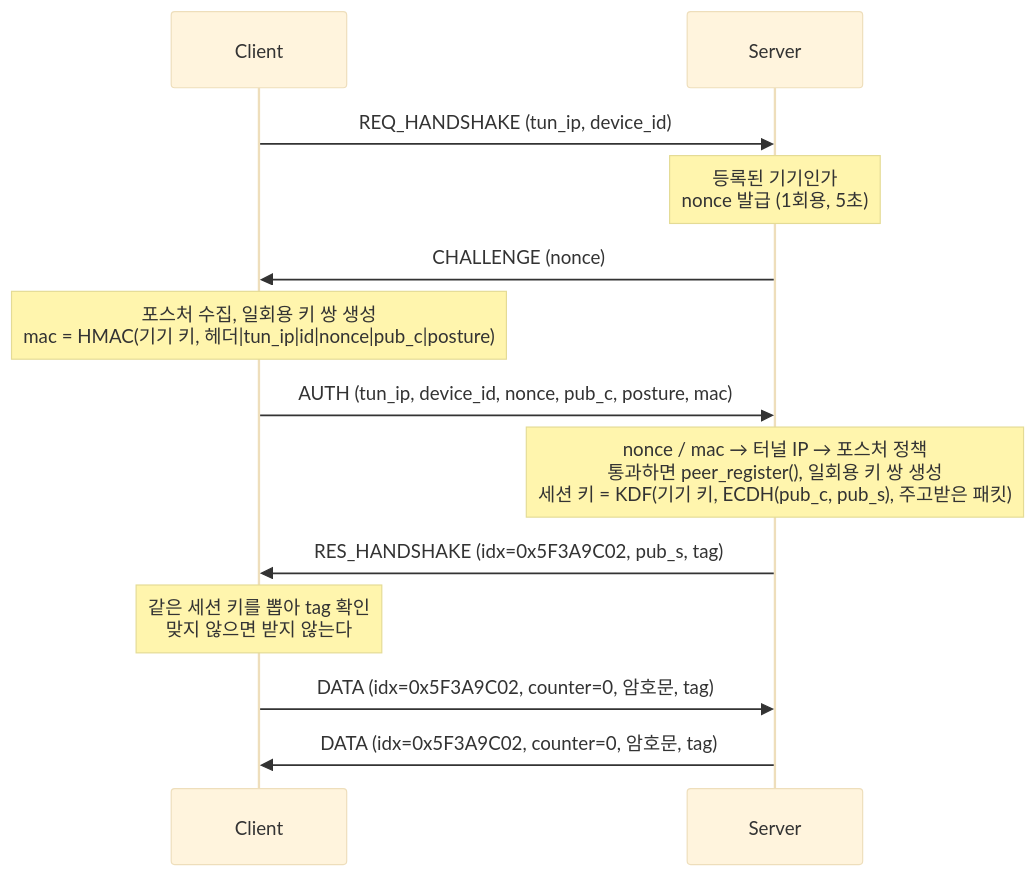
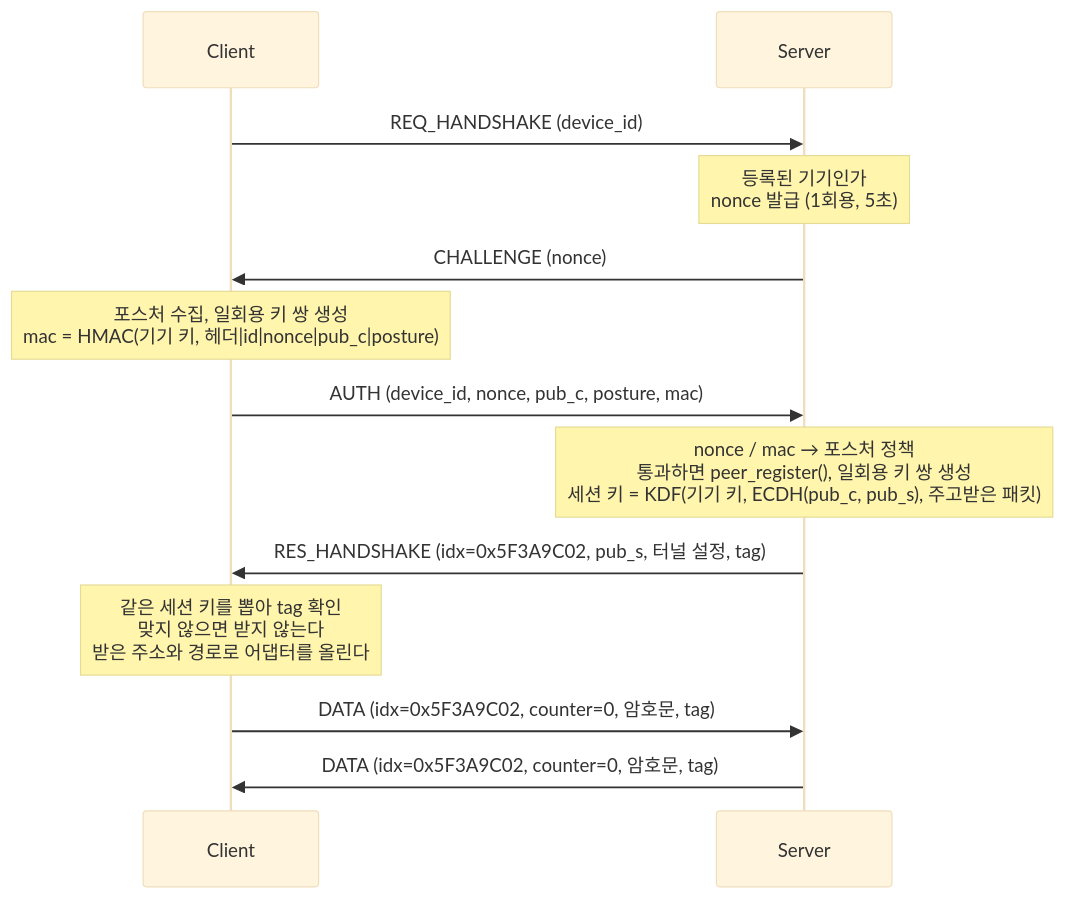
One commit to k1msatgat/my_vpn changed the first of 2 diagrams in README.md. Above: the diagram before and after it, drawn with Mermaid (base theme). The commit also changed other lines of this file and 21 other files, not shown here.

````diff
--- a/README.md
+++ b/README.md
@@ -98,15 +99,15 @@
 ```mermaid
 sequenceDiagram
     participant C as Client
     participant S as Server
-    C->>S: REQ_HANDSHAKE (tun_ip, device_id)
+    C->>S: REQ_HANDSHAKE (device_id)
     Note over S: 등록된 기기인가<br/>nonce 발급 (1회용, 5초)
     S->>C: CHALLENGE (nonce)
-    Note over C: 포스처 수집, 일회용 키 쌍 생성<br/>mac = HMAC(기기 키, 헤더|tun_ip|id|nonce|pub_c|posture)
-    C->>S: AUTH (tun_ip, device_id, nonce, pub_c, posture, mac)
-    Note over S: nonce / mac → 터널 IP → 포스처 정책<br/>통과하면 peer_register(), 일회용 키 쌍 생성<br/>세션 키 = KDF(기기 키, ECDH(pub_c, pub_s), 주고받은 패킷)
-    S->>C: RES_HANDSHAKE (idx=0x5F3A9C02, pub_s, tag)
-    Note over C: 같은 세션 키를 뽑아 tag 확인<br/>맞지 않으면 받지 않는다
+    Note over C: 포스처 수집, 일회용 키 쌍 생성<br/>mac = HMAC(기기 키, 헤더|id|nonce|pub_c|posture)
+    C->>S: AUTH (device_id, nonce, pub_c, posture, mac)
+    Note over S: nonce / mac → 포스처 정책<br/>통과하면 peer_register(), 일회용 키 쌍 생성<br/>세션 키 = KDF(기기 키, ECDH(pub_c, pub_s), 주고받은 패킷)
+    S->>C: RES_HANDSHAKE (idx=0x5F3A9C02, pub_s, 터널 설정, tag)
+    Note over C: 같은 세션 키를 뽑아 tag 확인<br/>맞지 않으면 받지 않는다<br/>받은 주소와 경로로 어댑터를 올린다
     C->>S: DATA (idx=0x5F3A9C02, counter=0, 암호문, tag)
     S->>C: DATA (idx=0x5F3A9C02, counter=0, 암호문, tag)
 ```
````
